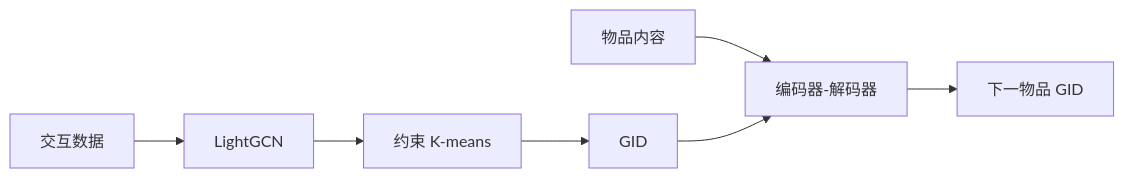
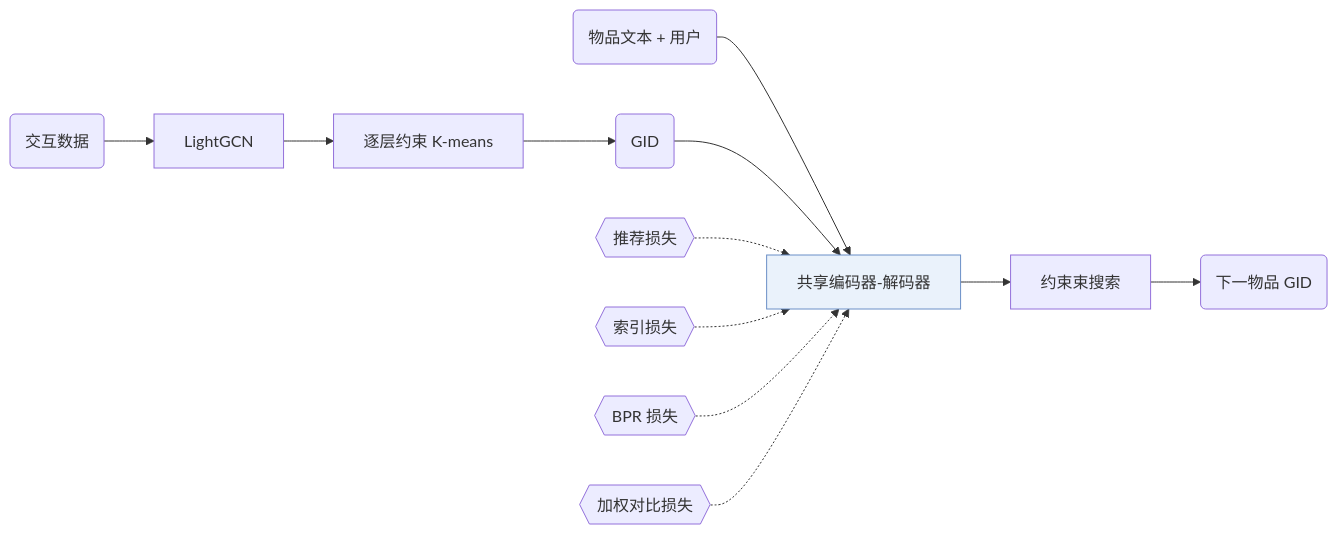
The diagram in notes/zh/colarec.md (Galaxy-ghost/Awesome-SID-Generative-Rec), drawn with Mermaid before and after one commit. The commit also changed 521 other files, not shown here.

Commit message:
writer-04 part 3: algorithm diagrams with shared shape conventions, README hero and paper cards, archive removed

````diff
--- a/notes/zh/colarec.md
+++ b/notes/zh/colarec.md
@@ -13,9 +13,15 @@
 ```mermaid
 flowchart LR
-    A[交互数据] --> B[LightGCN]
-    B --> C[约束 K-means]
-    C --> D[GID]
-    E[物品内容] --> F[编码器-解码器]
+    A("交互数据") --> B["LightGCN"]
+    B --> C["逐层约束 K-means"]
+    C --> D("GID")
+    E("物品文本 + 用户") --> F["共享编码器-解码器"]:::key
     D --> F
-    F --> G[下一物品 GID]
+    F --> G["约束束搜索"]
+    G --> H("下一物品 GID")
+    L1{{"推荐损失"}} -.-> F
+    L2{{"索引损失"}} -.-> F
+    L3{{"BPR 损失"}} -.-> F
+    L4{{"加权对比损失"}} -.-> F
+    classDef key fill:#eaf2fb,stroke:#6b8fc7
 ```
````
